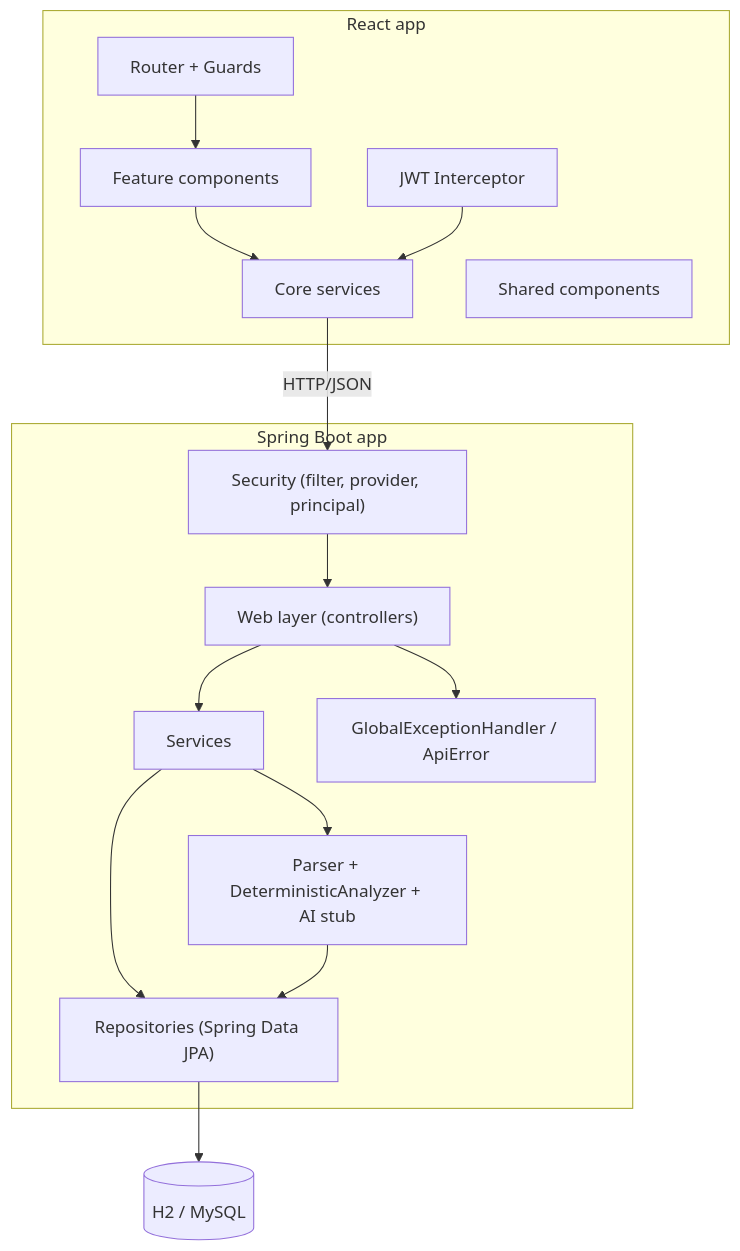
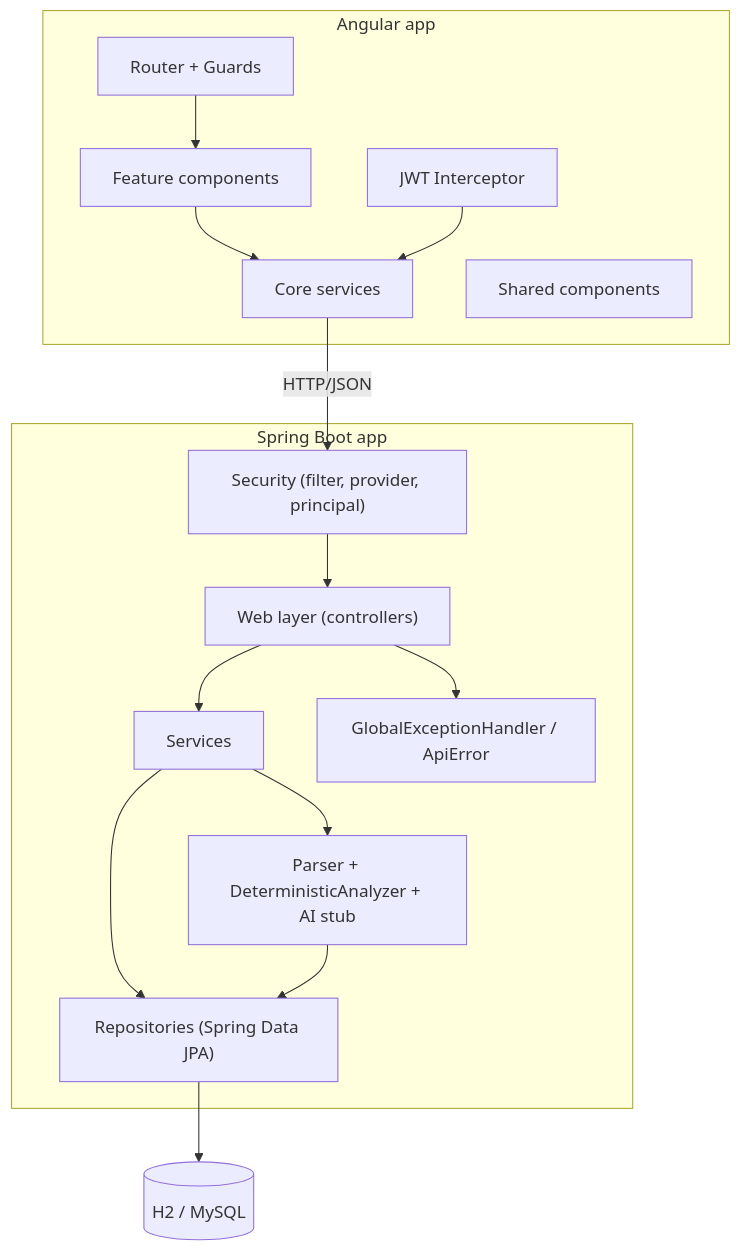
One commit to elel-m-b/CareerPilot changed diagram 13 of 15 in docs/UML_DIAGRAMS.md. Above: the diagram before and after it, drawn with Mermaid. The commit also changed other lines of this file and 215 other files, not shown here.

````diff
--- a/docs/UML_DIAGRAMS.md
+++ b/docs/UML_DIAGRAMS.md
@@ -493,33 +493,33 @@
 ```mermaid
 graph TD
-    subgraph Frontend["React app"]
+    subgraph Frontend["Angular app"]
         F_Router["Router + Guards"]
         F_Intercept["JWT Interceptor"]
         F_Services["Core services"]
         F_Features["Feature components"]
         F_Shared["Shared components"]
     end
 
     subgraph Backend["Spring Boot app"]
         B_Web["Web layer (controllers)"]
         B_Sec["Security (filter, provider, principal)"]
         B_Srv["Services"]
         B_Eng["Parser + DeterministicAnalyzer + AI stub"]
         B_Pers["Repositories (Spring Data JPA)"]
         B_Err["GlobalExceptionHandler / ApiError"]
     end
 
     DB[("H2 / MySQL")]
 
     F_Features --> F_Services
     F_Router --> F_Features
     F_Intercept --> F_Services
     F_Services -- "HTTP/JSON" --> B_Sec
     B_Sec --> B_Web
     B_Web --> B_Srv
     B_Web --> B_Err
     B_Srv --> B_Eng
     B_Srv --> B_Pers
     B_Eng --> B_Pers
     B_Pers --> DB
 ```
````
